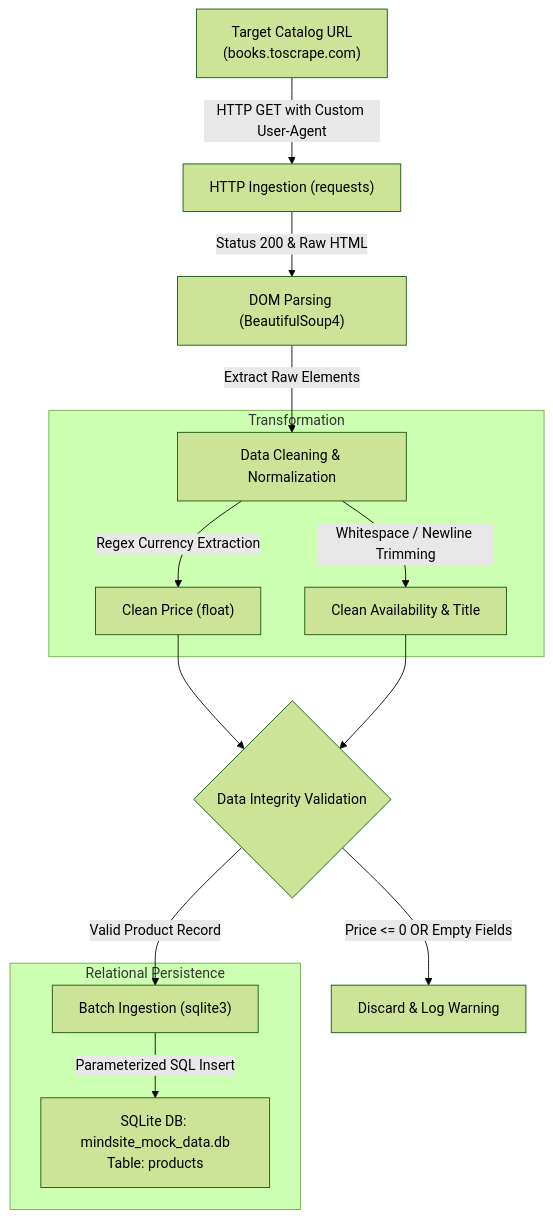
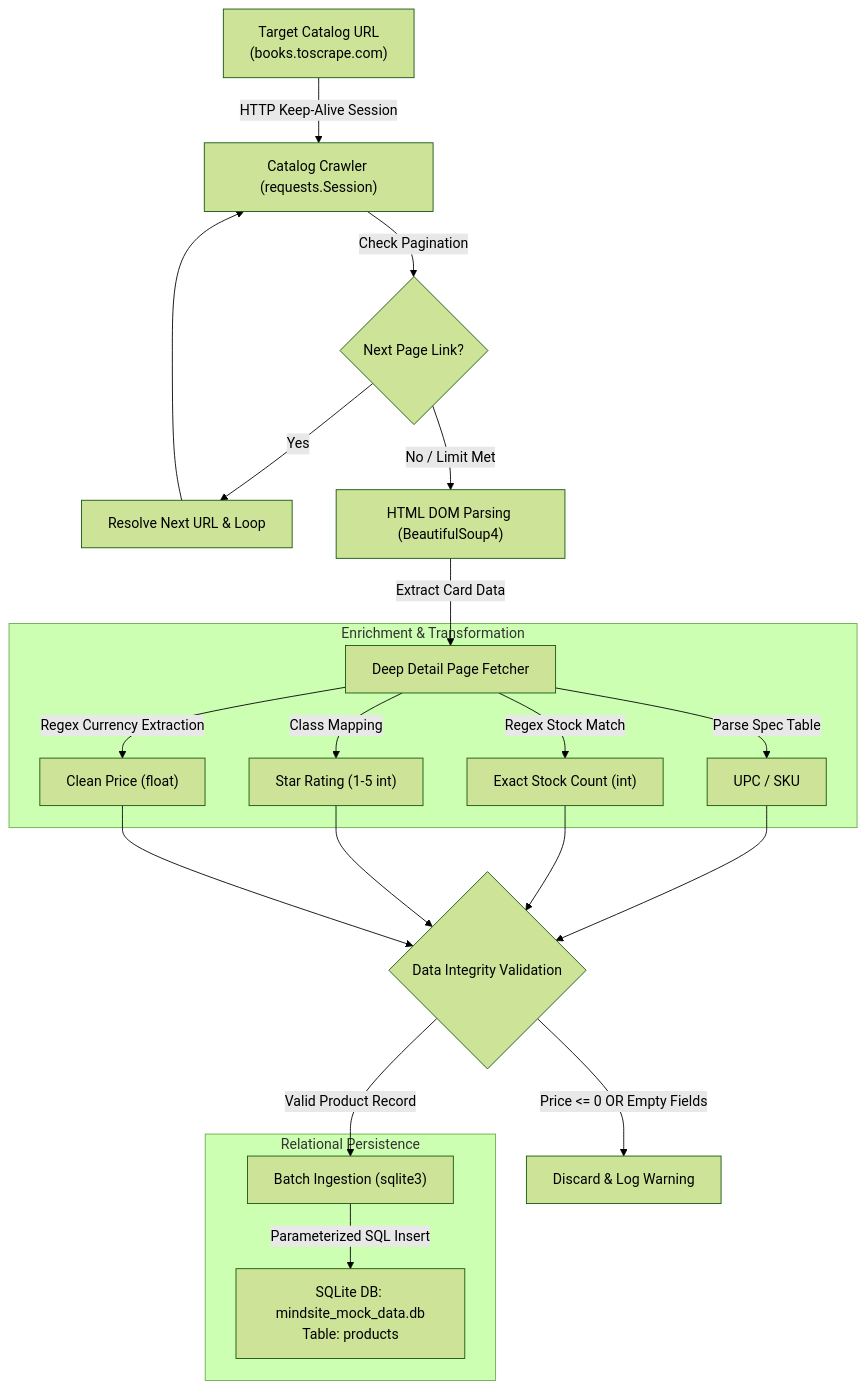
The diagram in README.md (Erlik-1417/E-Commerce-Scraper-Pipeline), drawn with Mermaid (forest theme) before and after one commit. The commit also changed other lines of this file and 1 other file, not shown here.

Commit message:
feat(crawler): add automated pagination, deep scraping enrichment (UPC, stock, rating), and schema migration

````diff
--- a/README.md
+++ b/README.md
@@ -29,16 +31,21 @@
 ```mermaid
 flowchart TD
-    A["Target Catalog URL<br/>(books.toscrape.com)"] -->|HTTP GET with Custom User-Agent| B["HTTP Ingestion (requests)"]
-    B -->|Status 200 & Raw HTML| C["DOM Parsing (BeautifulSoup4)"]
-    C -->|Extract Raw Elements| D["Data Cleaning & Normalization"]
-    subgraph Transformation
-        D -->|Regex Currency Extraction| D1["Clean Price (float)"]
-        D -->|Whitespace / Newline Trimming| D2["Clean Availability & Title"]
+    A["Target Catalog URL<br/>(books.toscrape.com)"] -->|HTTP Keep-Alive Session| B["Catalog Crawler (requests.Session)"]
+    B -->|Check Pagination| B1{"Next Page Link?"}
+    B1 -->|Yes| B2["Resolve Next URL & Loop"]
+    B2 --> B
+    B1 -->|No / Limit Met| C["HTML DOM Parsing (BeautifulSoup4)"]
+    C -->|Extract Card Data| D["Deep Detail Page Fetcher"]
+    subgraph Enrichment & Transformation
+        D -->|Parse Spec Table| D1["UPC / SKU"]
+        D -->|Regex Stock Match| D2["Exact Stock Count (int)"]
+        D -->|Class Mapping| D3["Star Rating (1-5 int)"]
+        D -->|Regex Currency Extraction| D4["Clean Price (float)"]
     end
-    D1 & D2 --> E{"Data Integrity Validation"}
+    D1 & D2 & D3 & D4 --> E{"Data Integrity Validation"}
     E -->|Price <= 0 OR Empty Fields| F["Discard & Log Warning"]
     E -->|Valid Product Record| G["Batch Ingestion (sqlite3)"]
     subgraph Relational Persistence
         G -->|Parameterized SQL Insert| H["SQLite DB: mindsite_mock_data.db<br/>Table: products"]
     end
 ```
````
